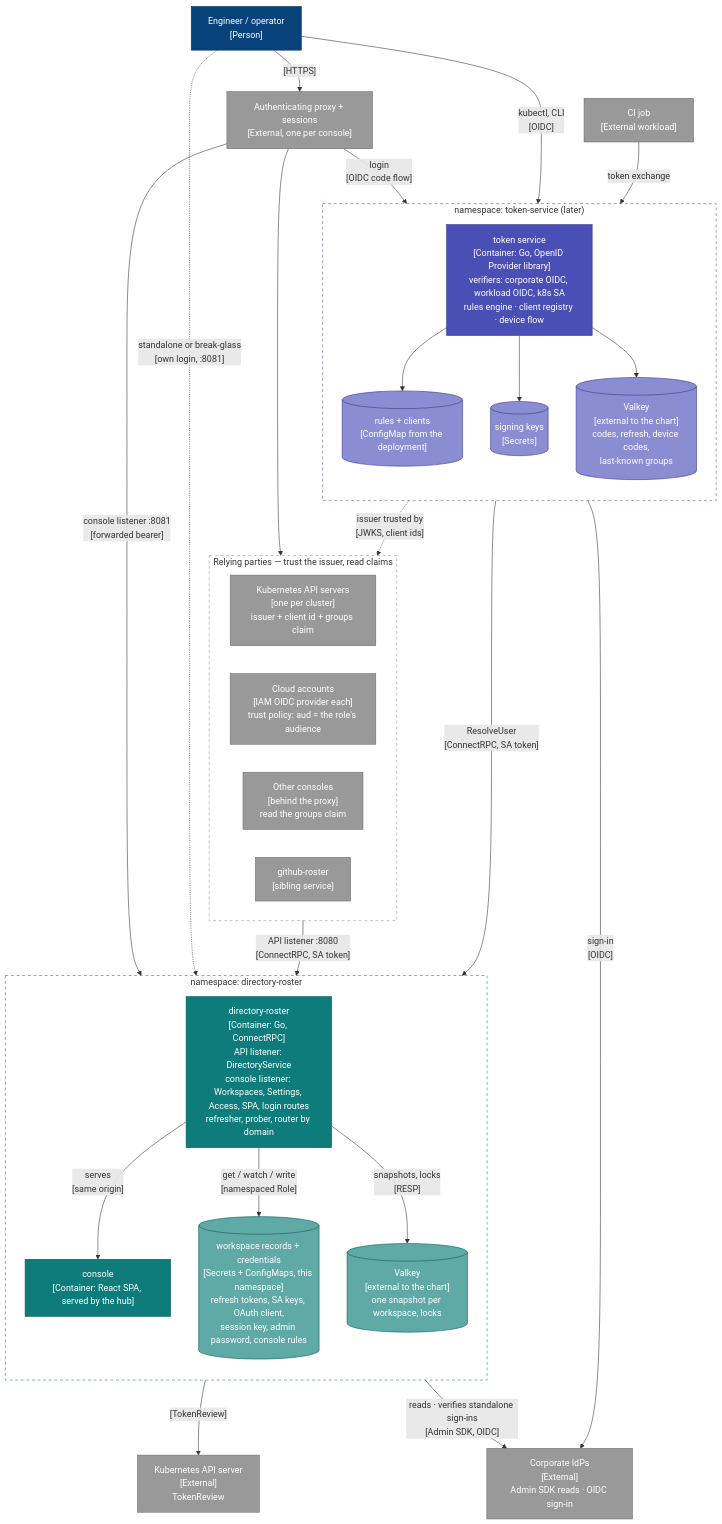
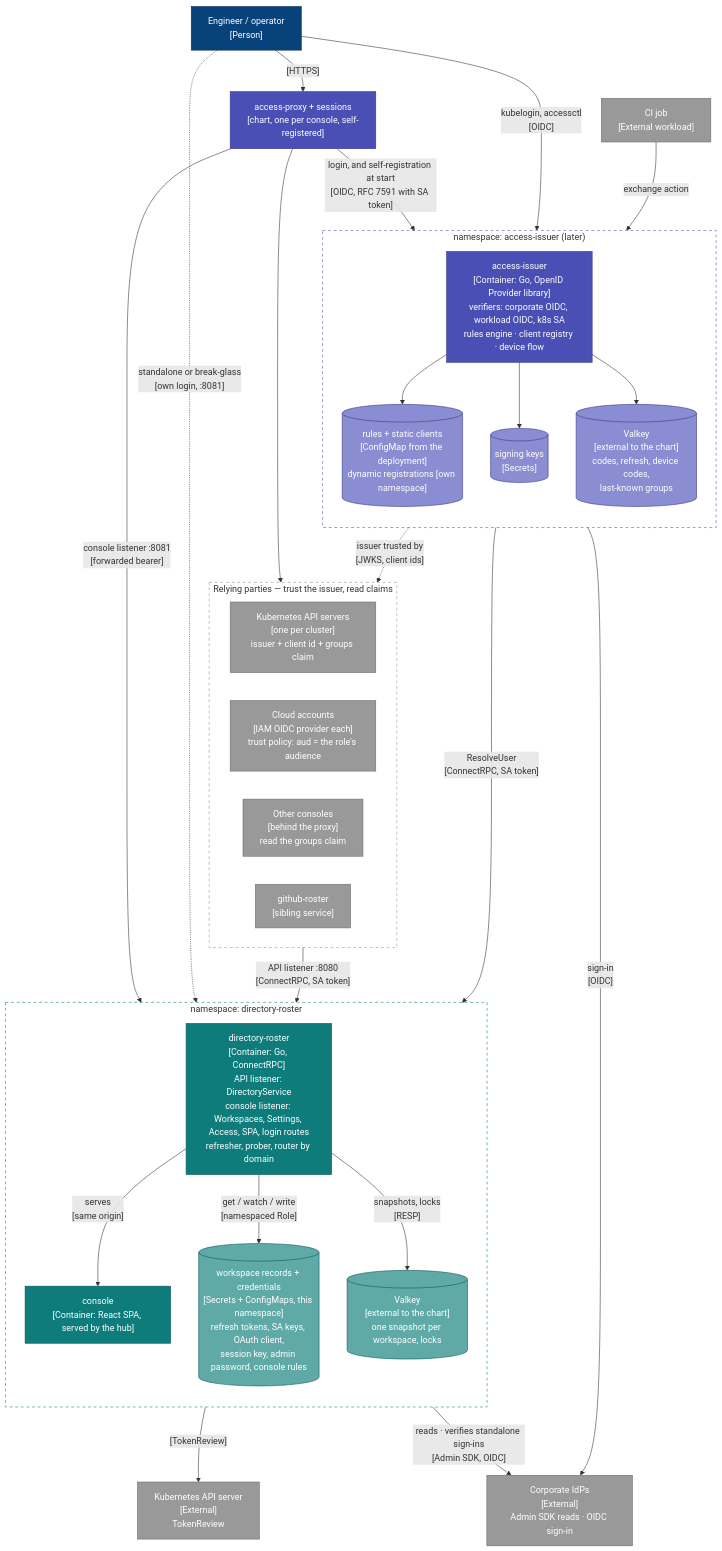
Before and after one commit to truvity/access-roster: the second of 11 diagrams in docs/architecture.md, drawn with Mermaid. The commit also changed other lines of this file and 30 other files, not shown here.

First line of the commit message:
docs: the self-contained repository — why, concepts, a design per battery, reference, connect guides

````diff
--- a/docs/architecture.md
+++ b/docs/architecture.md
@@ -78,64 +81,64 @@
 ```mermaid
 flowchart TB
   eng["Engineer / operator<br/>[Person]"]:::person
   ci["CI job<br/>[External workload]"]:::ext
-  proxy["Authenticating proxy + sessions<br/>[External, one per console]"]:::ext
+  proxy["access-proxy + sessions<br/>[chart, one per console, self-registered]"]:::token
   idp["Corporate IdPs<br/>[External]<br/>Admin SDK reads · OIDC sign-in"]:::ext
   kapi["Kubernetes API server<br/>[External]<br/>TokenReview"]:::ext
 
-  subgraph nsTs["namespace: token-service (later)"]
+  subgraph nsTs["namespace: access-issuer (later)"]
     direction TB
-    ts["token service<br/>[Container: Go, OpenID Provider library]<br/>verifiers: corporate OIDC, workload OIDC, k8s SA<br/>rules engine · client registry · device flow"]:::token
-    rules[("rules + clients<br/>[ConfigMap from the deployment]")]:::tokenStore
+    ts["access-issuer<br/>[Container: Go, OpenID Provider library]<br/>verifiers: corporate OIDC, workload OIDC, k8s SA<br/>rules engine · client registry · device flow"]:::token
+    rules[("rules + static clients<br/>[ConfigMap from the deployment]<br/>dynamic registrations [own namespace]")]:::tokenStore
     keys[("signing keys<br/>[Secrets]")]:::tokenStore
     tsv[("Valkey<br/>[external to the chart]<br/>codes, refresh, device codes,<br/>last-known groups")]:::tokenStore
   end
 
   subgraph nsHub["namespace: directory-roster"]
     direction TB
     hub["directory-roster<br/>[Container: Go, ConnectRPC]<br/>API listener: DirectoryService<br/>console listener: Workspaces, Settings, Access, SPA, login routes<br/>refresher, prober, router by domain"]:::hub
     spa["console<br/>[Container: React SPA, served by the hub]"]:::hub
     k8s[("workspace records + credentials<br/>[Secrets + ConfigMaps, this namespace]<br/>refresh tokens, SA keys, OAuth client,<br/>session key, admin password, console rules")]:::hubStore
     hv[("Valkey<br/>[external to the chart]<br/>one snapshot per workspace, locks")]:::hubStore
   end
 
   subgraph rp["Relying parties — trust the issuer, read claims"]
     direction LR
     k8sapi["Kubernetes API servers<br/>[one per cluster]<br/>issuer + client id + groups claim"]:::ext
     cloud["Cloud accounts<br/>[IAM OIDC provider each]<br/>trust policy: aud = the role's audience"]:::ext
     consoles["Other consoles<br/>[behind the proxy]<br/>read the groups claim"]:::ext
     roster["github-roster<br/>[sibling service]"]:::ext
   end
 
   eng -- "[HTTPS]" --> proxy
-  proxy -- "login<br/>[OIDC code flow]" --> ts
+  proxy -- "login, and self-registration at start<br/>[OIDC, RFC 7591 with SA token]" --> ts
   proxy -- "console listener :8081<br/>[forwarded bearer]" --> hub
   proxy --> consoles
   eng -. "standalone or break-glass<br/>[own login, :8081]" .-> hub
-  eng -- "kubectl, CLI<br/>[OIDC]" --> ts
-  ci -- "token exchange" --> ts
+  eng -- "kubelogin, accessctl<br/>[OIDC]" --> ts
+  ci -- "exchange action" --> ts
   ts -- "sign-in<br/>[OIDC]" --> idp
   ts -- "ResolveUser<br/>[ConnectRPC, SA token]" --> hub
   ts --> rules
   ts --> keys
   ts --> tsv
   ts -. "issuer trusted by<br/>[JWKS, client ids]" .-> rp
   hub -- "serves<br/>[same origin]" --> spa
   hub -- "[TokenReview]" --> kapi
   hub -- "get / watch / write<br/>[namespaced Role]" --> k8s
   hub -- "snapshots, locks<br/>[RESP]" --> hv
   hub -- "reads · verifies standalone sign-ins<br/>[Admin SDK, OIDC]" --> idp
   roster -- "API listener :8080<br/>[ConnectRPC, SA token]" --> hub
 
   classDef person fill:#08427b,stroke:#052e56,color:#fff
   classDef system fill:#1168bd,stroke:#0b4884,color:#fff
   classDef ext fill:#999999,stroke:#6b6b6b,color:#fff
   classDef hub fill:#0E7C7B,stroke:#0A5958,color:#fff
   classDef hubStore fill:#5FA9A7,stroke:#0A5958,color:#fff
   classDef token fill:#4A4FB5,stroke:#33378A,color:#fff
   classDef tokenStore fill:#8A8DD1,stroke:#33378A,color:#fff
   classDef component fill:#85bbf0,stroke:#5d82a8,color:#000
   style nsTs fill:none,stroke:#4A4FB5,stroke-dasharray:5 5
   style nsHub fill:none,stroke:#0E7C7B,stroke-dasharray:5 5
   style rp fill:none,stroke:#8A93A3,stroke-dasharray:5 5
 ```
````
